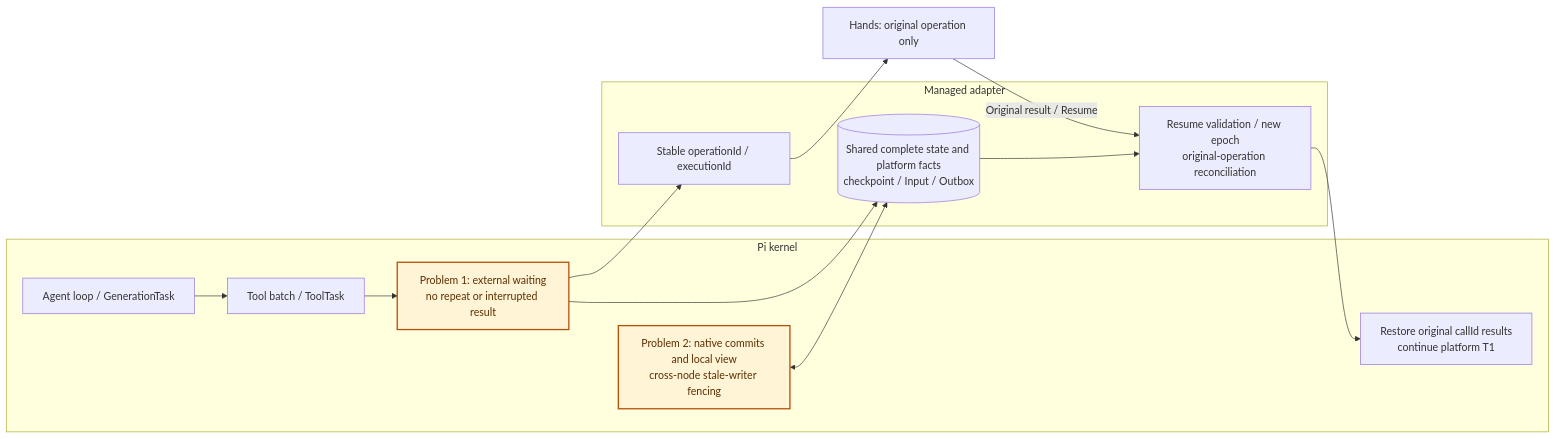
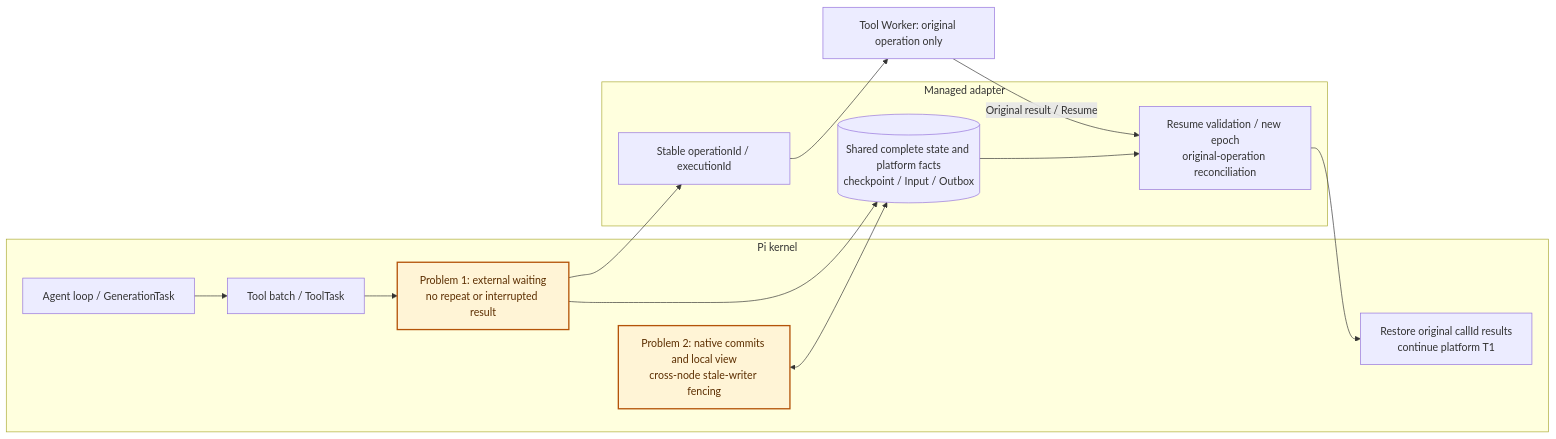
One commit to agentscope-ai/agentscope-java changed the second of 2 diagrams in agentscope-service/docs/harness2-pi-brain-evaluation.en.md. Above: the diagram before and after it, drawn with Mermaid. The commit also changed other lines of this file and 4515 other files, not shown here.

````diff
--- a/agentscope-service/docs/harness2-pi-brain-evaluation.en.md
+++ b/agentscope-service/docs/harness2-pi-brain-evaluation.en.md
@@ -67,22 +67,22 @@
 ```mermaid
 flowchart LR
     subgraph K["Pi kernel"]
         A["Agent loop / GenerationTask"] --> T["Tool batch / ToolTask"]
         T --> X["Problem 1: external waiting<br/>no repeat or interrupted result"]
         F["Restore original callId results<br/>continue platform T1"]
         S["Problem 2: native commits and local view<br/>cross-node stale-writer fencing"]
     end
     subgraph M["Managed adapter"]
         O["Stable operationId / executionId"]
         D[("Shared complete state and platform facts<br/>checkpoint / Input / Outbox")]
         R["Resume validation / new epoch<br/>original-operation reconciliation"]
     end
-    H["Hands: original operation only"]
+    H["Tool Worker: original operation only"]
     X --> O --> H
     X --> D
     S <--> D
     H -->|"Original result / Resume"| R
     D --> R --> F
     classDef risk fill:#fff4d6,stroke:#b45309,stroke-width:2px,color:#5c2e00
     class X,S risk
 ```
````
